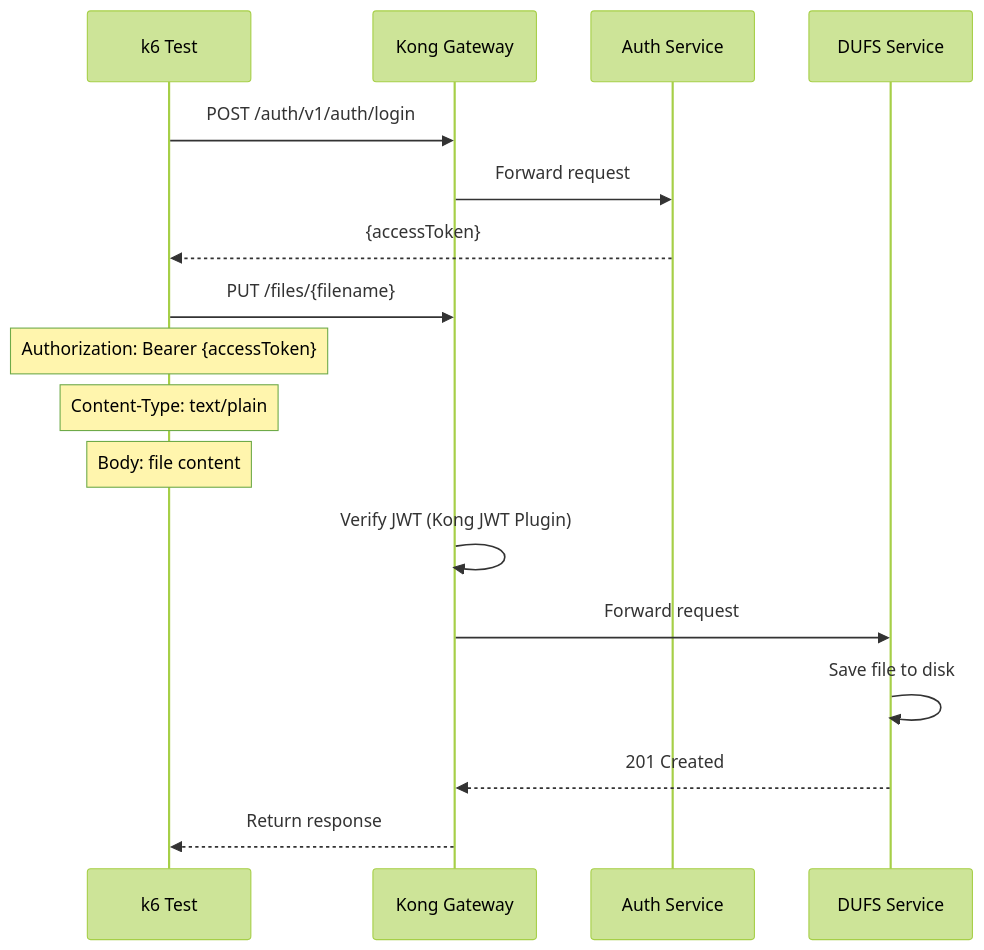
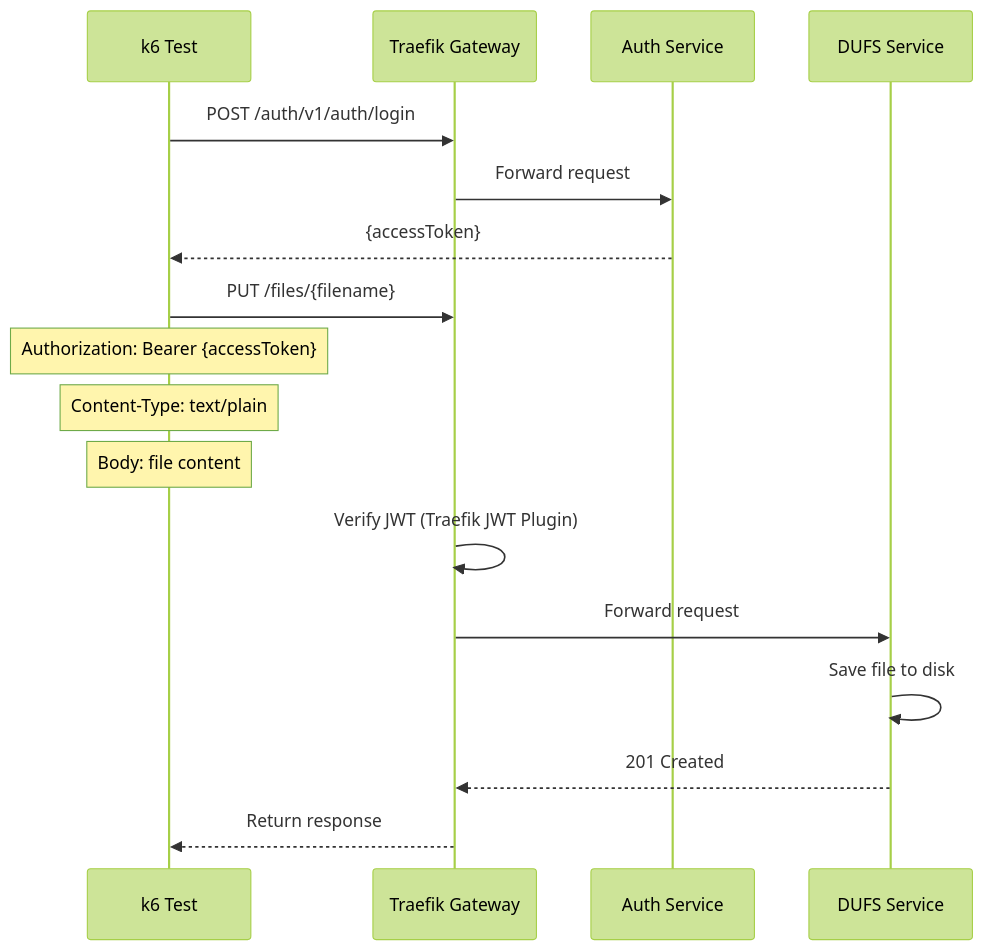
The diagram in k6-tests/src/services/dufs/test-upload.md (tinhthanh/nestjs-microservices), drawn with Mermaid (forest theme) before and after one commit. The commit also changed 47 other files, not shown here.

````diff
--- a/k6-tests/src/services/dufs/test-upload.md
+++ b/k6-tests/src/services/dufs/test-upload.md
@@ -5,21 +5,21 @@
 ```mermaid
 sequenceDiagram
     participant K6 as k6 Test
-    participant Kong as Kong Gateway
+    participant Traefik as Traefik Gateway
     participant Auth as Auth Service
     participant DUFS as DUFS Service
 
-    K6->>Kong: POST /auth/v1/auth/login
-    Kong->>Auth: Forward request
+    K6->>Traefik: POST /auth/v1/auth/login
+    Traefik->>Auth: Forward request
     Auth-->>K6: {accessToken}
     
-    K6->>Kong: PUT /files/{filename}
+    K6->>Traefik: PUT /files/{filename}
     Note over K6: Authorization: Bearer {accessToken}
     Note over K6: Content-Type: text/plain
     Note over K6: Body: file content
-    Kong->>Kong: Verify JWT (Kong JWT Plugin)
-    Kong->>DUFS: Forward request
+    Traefik->>Traefik: Verify JWT (Traefik JWT Plugin)
+    Traefik->>DUFS: Forward request
     DUFS->>DUFS: Save file to disk
-    DUFS-->>Kong: 201 Created
-    Kong-->>K6: Return response
+    DUFS-->>Traefik: 201 Created
+    Traefik-->>K6: Return response
 ```
````
